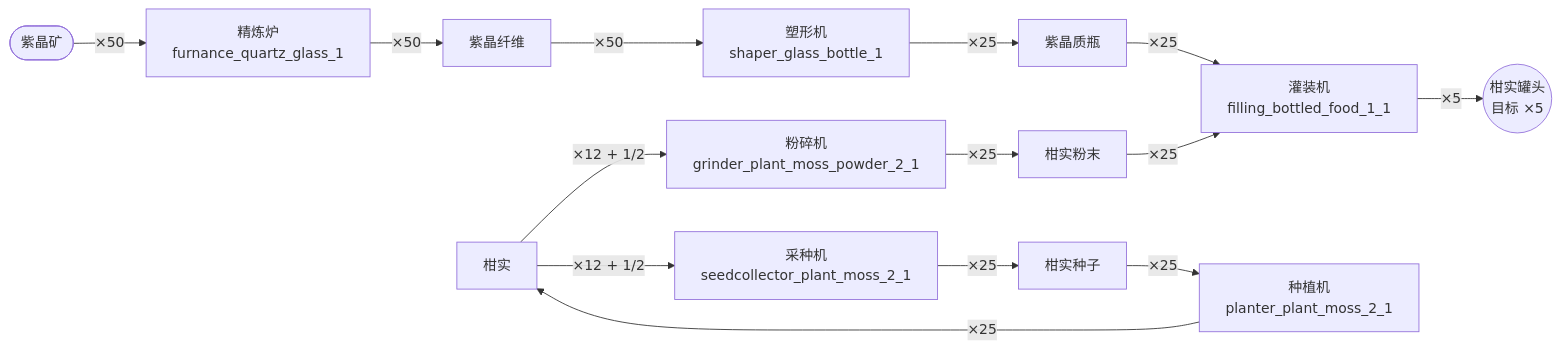
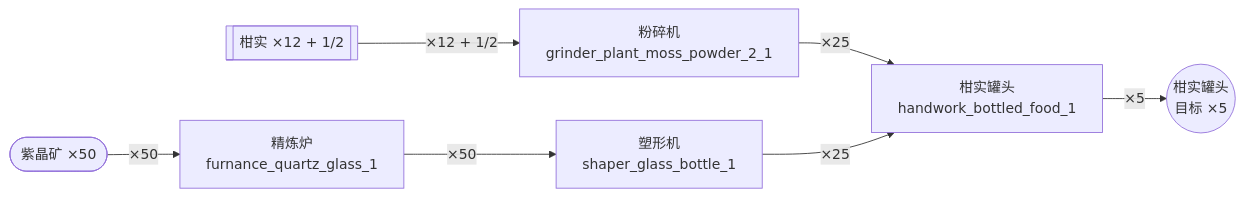
The third of 3 diagrams in reports/recipe-analysis.md (0x00-pl/enddata), drawn with Mermaid before and after one commit. The commit also changed other lines of this file and 8 other files, not shown here.

````diff
--- a/reports/recipe-analysis.md
+++ b/reports/recipe-analysis.md
@@ -185,29 +153,16 @@
 ```mermaid
 flowchart LR
   I_item_bottled_food_1(("柑实罐头<br/>目标 ×5"))
-  I_item_glass_bottle["紫晶质瓶"]
-  I_item_plant_moss_2["柑实"]
-  I_item_plant_moss_powder_2["柑实粉末"]
-  I_item_plant_moss_seed_2["柑实种子"]
-  I_item_quartz_glass["紫晶纤维"]
-  I_item_quartz_sand(["紫晶矿"])
-  R_filling_bottled_food_1_1["灌装机<br/>filling_bottled_food_1_1"]
+  I_item_plant_moss_2[["柑实 ×12 + 1/2"]]
+  I_item_quartz_sand(["紫晶矿 ×50"])
   R_furnance_quartz_glass_1["精炼炉<br/>furnance_quartz_glass_1"]
   R_grinder_plant_moss_powder_2_1["粉碎机<br/>grinder_plant_moss_powder_2_1"]
-  R_planter_plant_moss_2_1["种植机<br/>planter_plant_moss_2_1"]
-  R_seedcollector_plant_moss_2_1["采种机<br/>seedcollector_plant_moss_2_1"]
+  R_handwork_bottled_food_1["柑实罐头<br/>handwork_bottled_food_1"]
   R_shaper_glass_bottle_1["塑形机<br/>shaper_glass_bottle_1"]
-  I_item_glass_bottle -->|"×25"| R_filling_bottled_food_1_1
   I_item_plant_moss_2 -->|"×12 + 1/2"| R_grinder_plant_moss_powder_2_1
-  I_item_plant_moss_2 -->|"×12 + 1/2"| R_seedcollector_plant_moss_2_1
-  I_item_plant_moss_powder_2 -->|"×25"| R_filling_bottled_food_1_1
-  I_item_plant_moss_seed_2 -->|"×25"| R_planter_plant_moss_2_1
-  I_item_quartz_glass -->|"×50"| R_shaper_glass_bottle_1
   I_item_quartz_sand -->|"×50"| R_furnance_quartz_glass_1
-  R_filling_bottled_food_1_1 -->|"×5"| I_item_bottled_food_1
-  R_furnance_quartz_glass_1 -->|"×50"| I_item_quartz_glass
-  R_grinder_plant_moss_powder_2_1 -->|"×25"| I_item_plant_moss_powder_2
-  R_planter_plant_moss_2_1 -->|"×25"| I_item_plant_moss_2
-  R_seedcollector_plant_moss_2_1 -->|"×25"| I_item_plant_moss_seed_2
-  R_shaper_glass_bottle_1 -->|"×25"| I_item_glass_bottle
+  R_furnance_quartz_glass_1 -->|"×50"| R_shaper_glass_bottle_1
+  R_grinder_plant_moss_powder_2_1 -->|"×25"| R_handwork_bottled_food_1
+  R_handwork_bottled_food_1 -->|"×5"| I_item_bottled_food_1
+  R_shaper_glass_bottle_1 -->|"×25"| R_handwork_bottled_food_1
 ```
````
